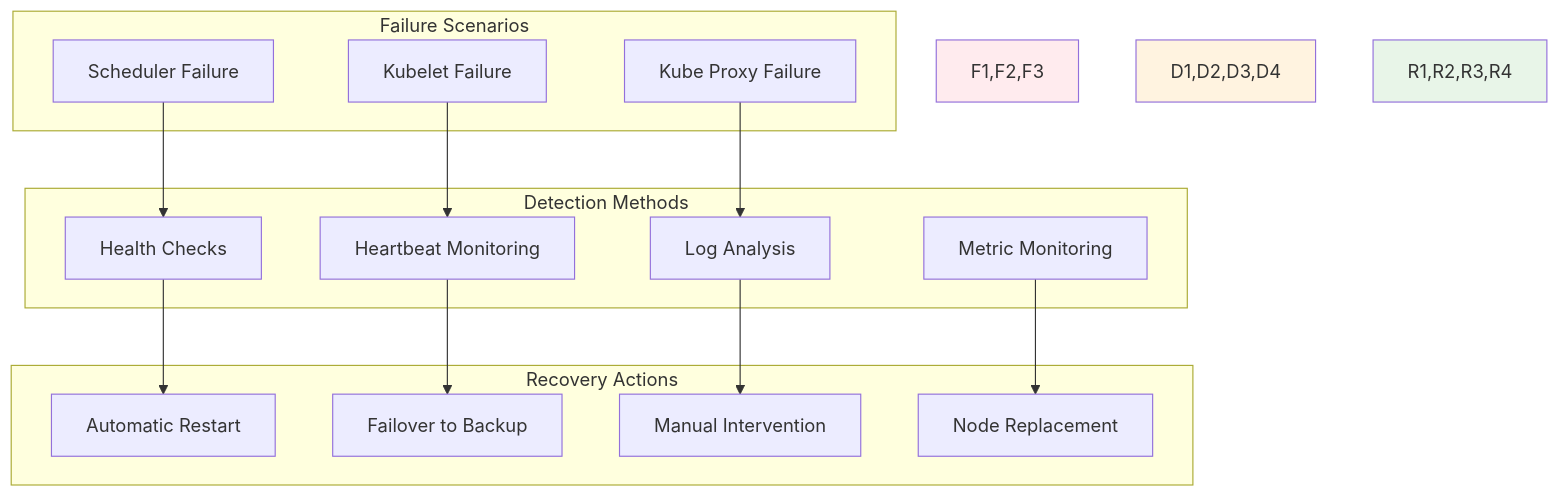
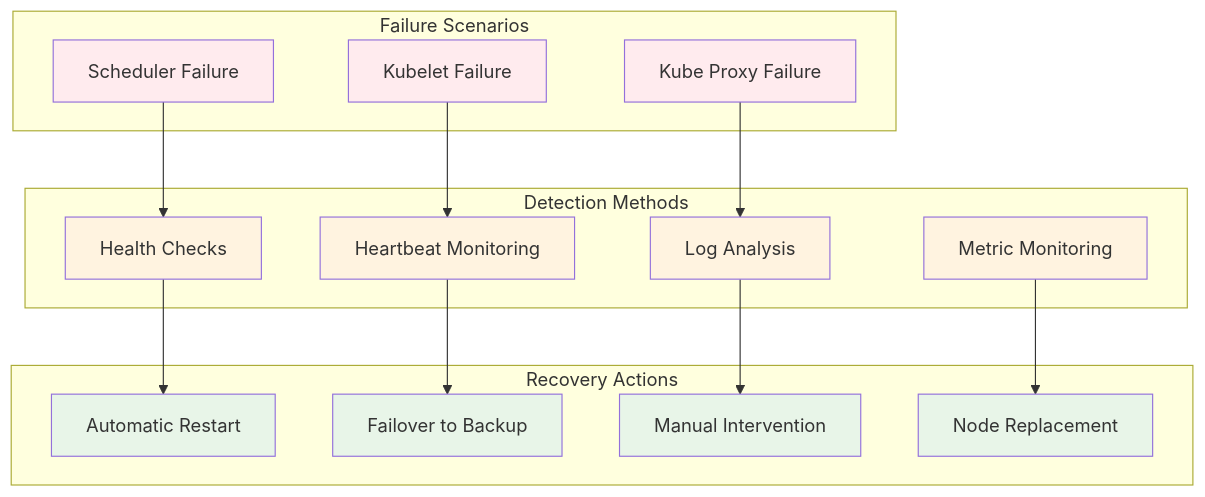
The eighth of 8 diagrams in theory/week_03/day1/session_3.md (niceguy61/kdt_devops_lecture_2025), drawn with Mermaid before and after one commit. The commit also changed other lines of this file, not shown here.

````diff
--- a/theory/week_03/day1/session_3.md
+++ b/theory/week_03/day1/session_3.md
@@ -368,35 +387,43 @@
 ```mermaid
 graph TB
     subgraph "Failure Scenarios"
         F1[Scheduler Failure]
         F2[Kubelet Failure]
         F3[Kube Proxy Failure]
     end
     
     subgraph "Detection Methods"
         D1[Health Checks]
         D2[Heartbeat Monitoring]
         D3[Log Analysis]
         D4[Metric Monitoring]
     end
     
     subgraph "Recovery Actions"
         R1[Automatic Restart]
         R2[Failover to Backup]
         R3[Manual Intervention]
         R4[Node Replacement]
     end
     
     F1 --> D1
     F2 --> D2
     F3 --> D3
     
     D1 --> R1
     D2 --> R2
     D3 --> R3
     D4 --> R4
     
-    style F1,F2,F3 fill:#ffebee
-    style D1,D2,D3,D4 fill:#fff3e0
-    style R1,R2,R3,R4 fill:#e8f5e8
+    style F1 fill:#ffebee
+    style F2 fill:#ffebee
+    style F3 fill:#ffebee
+    style D1 fill:#fff3e0
+    style D2 fill:#fff3e0
+    style D3 fill:#fff3e0
+    style D4 fill:#fff3e0
+    style R1 fill:#e8f5e8
+    style R2 fill:#e8f5e8
+    style R3 fill:#e8f5e8
+    style R4 fill:#e8f5e8
 ```
````
